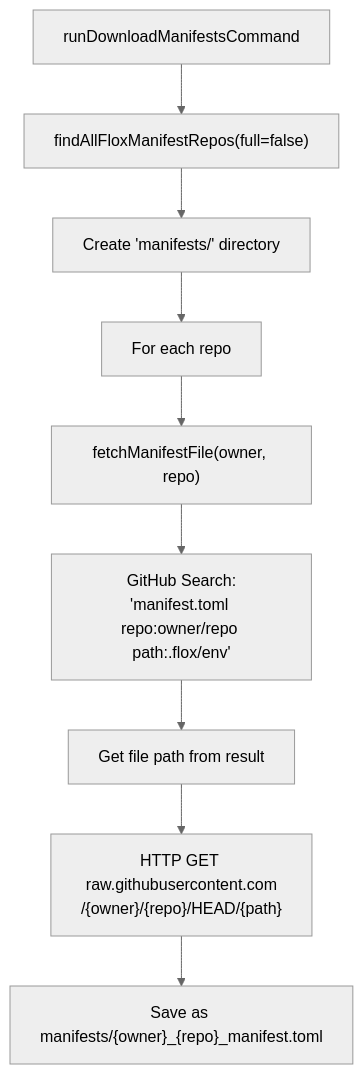
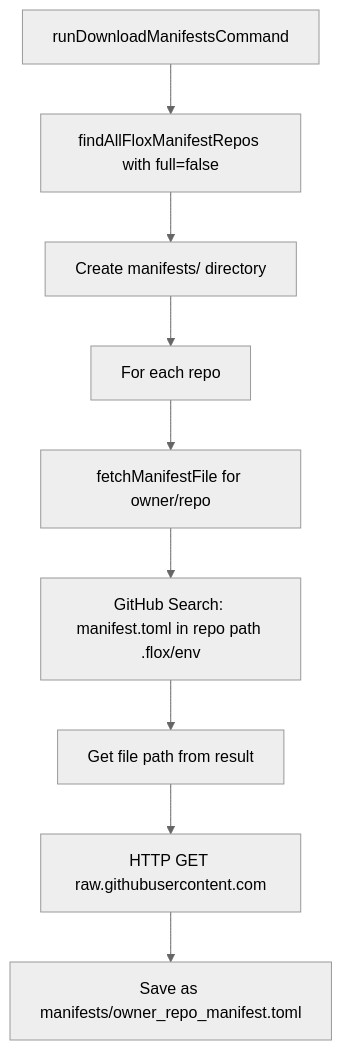
Before and after one commit to stahnma/gh-flox: the eighth of 12 diagrams in README.md, drawn with Mermaid (neutral theme). The commit also changed other lines of this file, not shown here.

First line of the commit message:
Fix Mermaid diagram syntax for GitHub rendering

````diff
--- a/README.md
+++ b/README.md
@@ -224,11 +209,11 @@
 ```mermaid
 flowchart TD
-    A[runDownloadManifestsCommand] --> B["findAllFloxManifestRepos(full=false)"]
-    B --> C["Create 'manifests/' directory"]
+    A[runDownloadManifestsCommand] --> B["findAllFloxManifestRepos with full=false"]
+    B --> C["Create manifests/ directory"]
     C --> D[For each repo]
-    D --> E["fetchManifestFile(owner, repo)"]
-    E --> F["GitHub Search:\n'manifest.toml repo:owner/repo path:.flox/env'"]
+    D --> E["fetchManifestFile for owner/repo"]
+    E --> F["GitHub Search: manifest.toml in repo path .flox/env"]
     F --> G[Get file path from result]
-    G --> H["HTTP GET raw.githubusercontent.com\n/{owner}/{repo}/HEAD/{path}"]
-    H --> I["Save as manifests/{owner}_{repo}_manifest.toml"]
+    G --> H["HTTP GET raw.githubusercontent.com"]
+    H --> I["Save as manifests/owner_repo_manifest.toml"]
 ```
````
